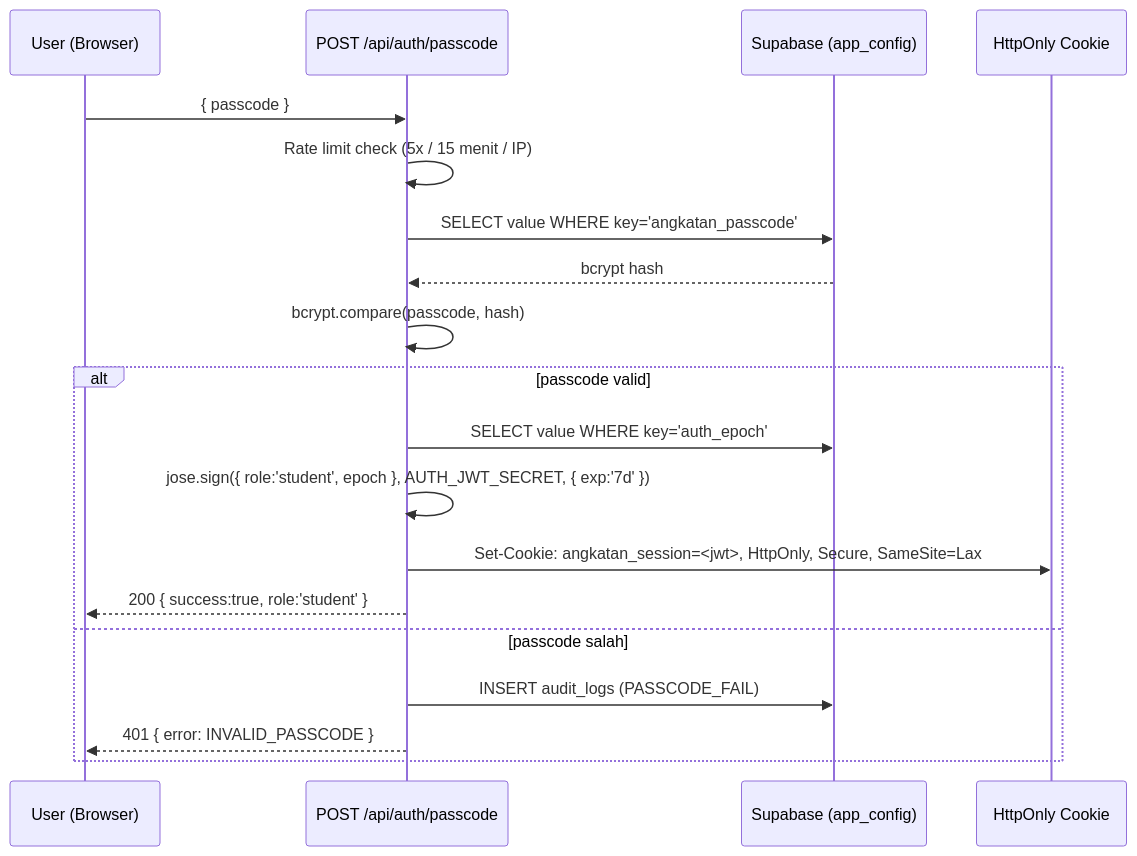
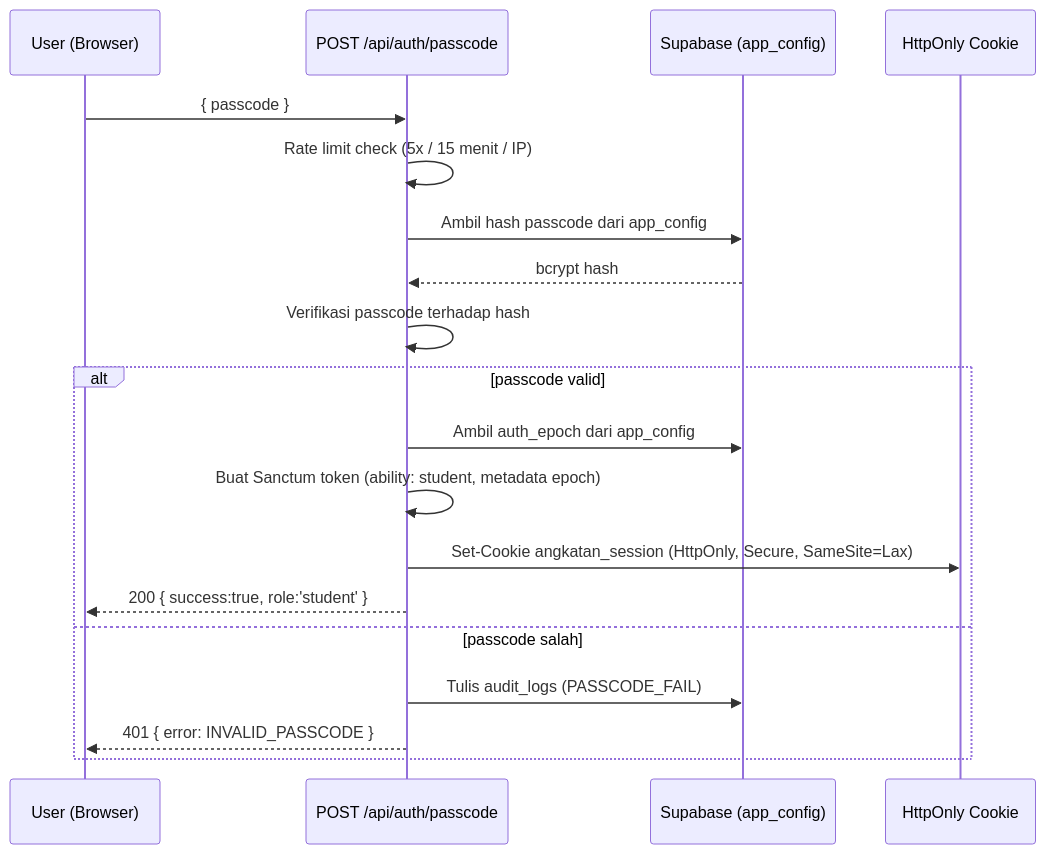
The second of 3 diagrams in docs/ARCHITECTURE.md (tekkom-26/buku-angkatan-tekkom-26), drawn with Mermaid before and after one commit. The commit also changed other lines of this file and 7 other files, not shown here.

````diff
--- a/docs/ARCHITECTURE.md
+++ b/docs/ARCHITECTURE.md
@@ -393,23 +464,23 @@
 ```mermaid
 sequenceDiagram
     participant U as User (Browser)
     participant API as POST /api/auth/passcode
     participant DB as Supabase (app_config)
     participant C as HttpOnly Cookie
 
     U->>API: { passcode }
     API->>API: Rate limit check (5x / 15 menit / IP)
-    API->>DB: SELECT value WHERE key='angkatan_passcode'
+    API->>DB: Ambil hash passcode dari app_config
     DB-->>API: bcrypt hash
-    API->>API: bcrypt.compare(passcode, hash)
+    API->>API: Verifikasi passcode terhadap hash
 
     alt passcode valid
-        API->>DB: SELECT value WHERE key='auth_epoch'
-        API->>API: jose.sign({ role:'student', epoch }, AUTH_JWT_SECRET, { exp:'7d' })
-        API->>C: Set-Cookie: angkatan_session=<jwt>, HttpOnly, Secure, SameSite=Lax
+        API->>DB: Ambil auth_epoch dari app_config
+        API->>API: Buat Sanctum token (ability: student, metadata epoch)
+        API->>C: Set-Cookie angkatan_session (HttpOnly, Secure, SameSite=Lax)
         API-->>U: 200 { success:true, role:'student' }
     else passcode salah
-        API->>DB: INSERT audit_logs (PASSCODE_FAIL)
+        API->>DB: Tulis audit_logs (PASSCODE_FAIL)
         API-->>U: 401 { error: INVALID_PASSCODE }
     end
 ```
````
